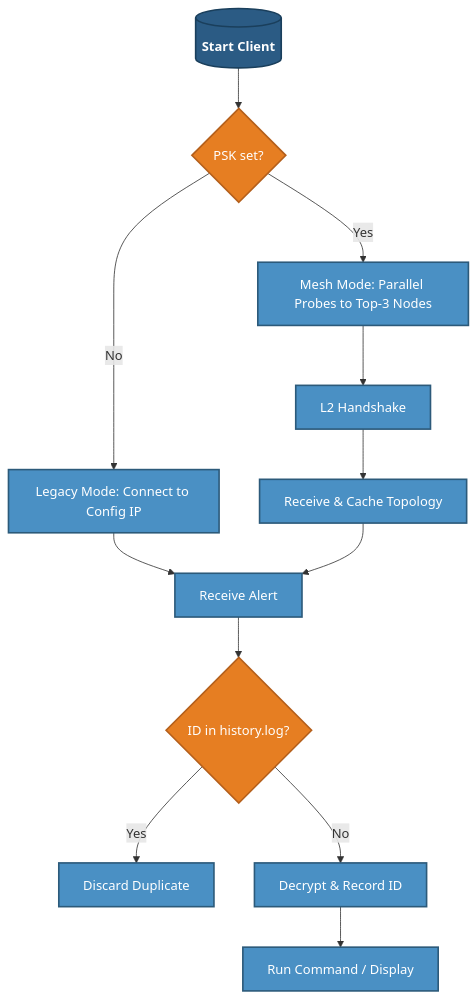
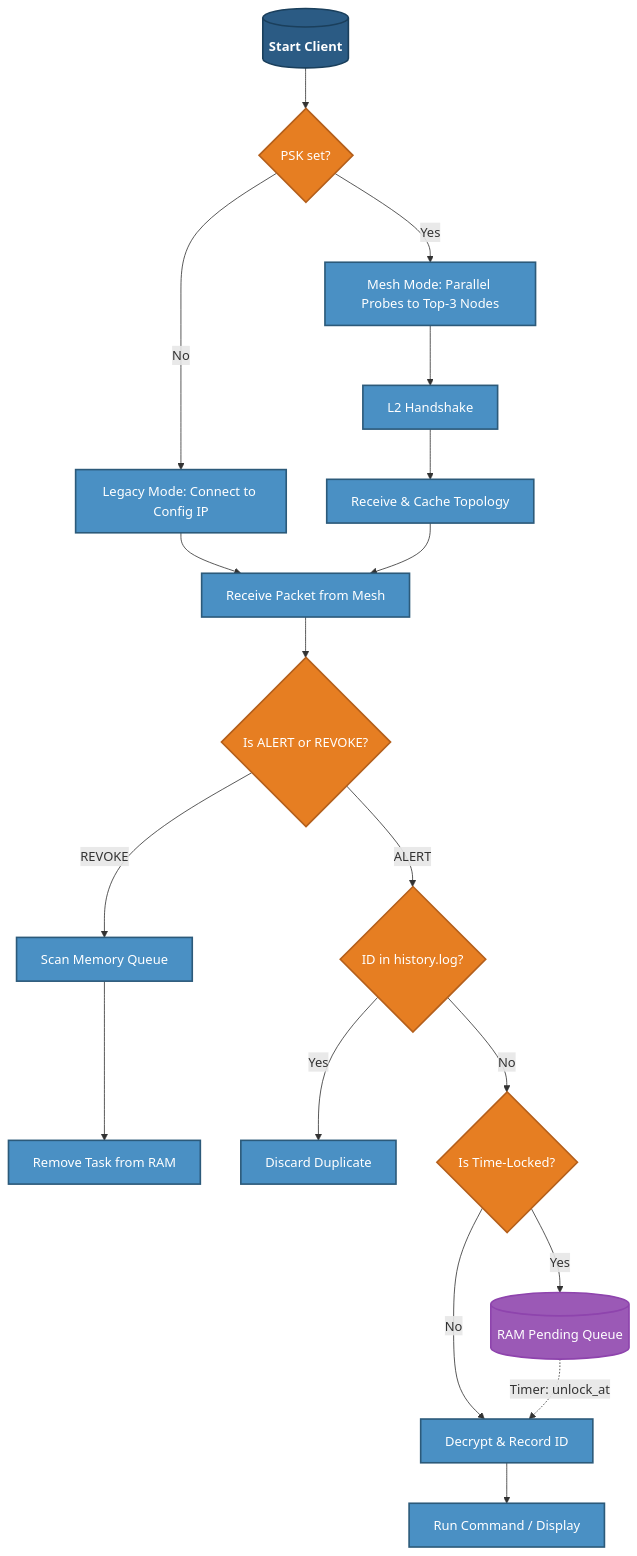
Before and after one commit to psqlmaster/gorgona: the second of 2 diagrams in readme.md, drawn with Mermaid. The commit also changed other lines of this file and 9 other files, not shown here.

Commit message:
feat: implement authorized revocation and enhanced alert feedback

````diff
--- a/readme.md
+++ b/readme.md
@@ -745,25 +764,39 @@
 ```mermaid
 graph TD
     CL_START[("Start Client")] --> CL_CONF{PSK set?}
     CL_CONF -->|No| CL_LEGACY["Legacy Mode: Connect to Config IP"]
     CL_CONF -->|Yes| CL_SMART["Mesh Mode: Parallel Probes to Top-3 Nodes"]
     CL_SMART --> CL_AUTH["L2 Handshake"]
     CL_AUTH --> CL_PEX["Receive & Cache Topology"]
     
-    RECV["Receive Alert"] --> IDEM{ID in history.log?}
-    IDEM -->|Yes| DROP["Discard Duplicate"]
-    IDEM -->|No| DECRYPT["Decrypt & Record ID"]
-    DECRYPT --> EXEC["Run Command / Display"]
-    
     CL_LEGACY --> RECV
     CL_PEX --> RECV
+
+    RECV["Receive Packet from Mesh"] --> CMD_TYPE{Is ALERT or REVOKE?}
+
+    %% Revocation Flow
+    CMD_TYPE -->|REVOKE| REV_PROC["Scan Memory Queue"]
+    REV_PROC --> REV_DONE["Remove Task from RAM"]
+
+    %% Alert Flow
+    CMD_TYPE -->|ALERT| IDEM{ID in history.log?}
+    IDEM -->|Yes| DROP["Discard Duplicate"]
+    IDEM -->|No| TL_CHECK{Is Time-Locked?}
+
+    TL_CHECK -->|Yes| PENDING[("RAM Pending Queue")]
+    TL_CHECK -->|No| DECRYPT["Decrypt & Record ID"]
+
+    DECRYPT --> EXEC["Run Command / Display"]
+    PENDING -.->|Timer: unlock_at| DECRYPT
 
     %% Styles
     classDef startEnd fill:#2b5b84,stroke:#1a3f5c,stroke-width:2px,color:#fff,font-weight:bold
     classDef process fill:#4a90c4,stroke:#2c5a7a,stroke-width:2px,color:#fff
     classDef decision fill:#e67e22,stroke:#b45f1b,stroke-width:2px,color:#fff
+    classDef storage fill:#9b59b6,stroke:#8e44ad,stroke-width:2px,color:#fff
 
     class CL_START startEnd
-    class CL_LEGACY,CL_SMART,CL_AUTH,CL_PEX,RECV,DROP,DECRYPT,EXEC process
-    class CL_CONF,IDEM decision
+    class CL_LEGACY,CL_SMART,CL_AUTH,CL_PEX,RECV,REV_PROC,REV_DONE,DROP,DECRYPT,EXEC process
+    class CL_CONF,IDEM,CMD_TYPE,TL_CHECK decision
+    class PENDING storage
 ```
````
